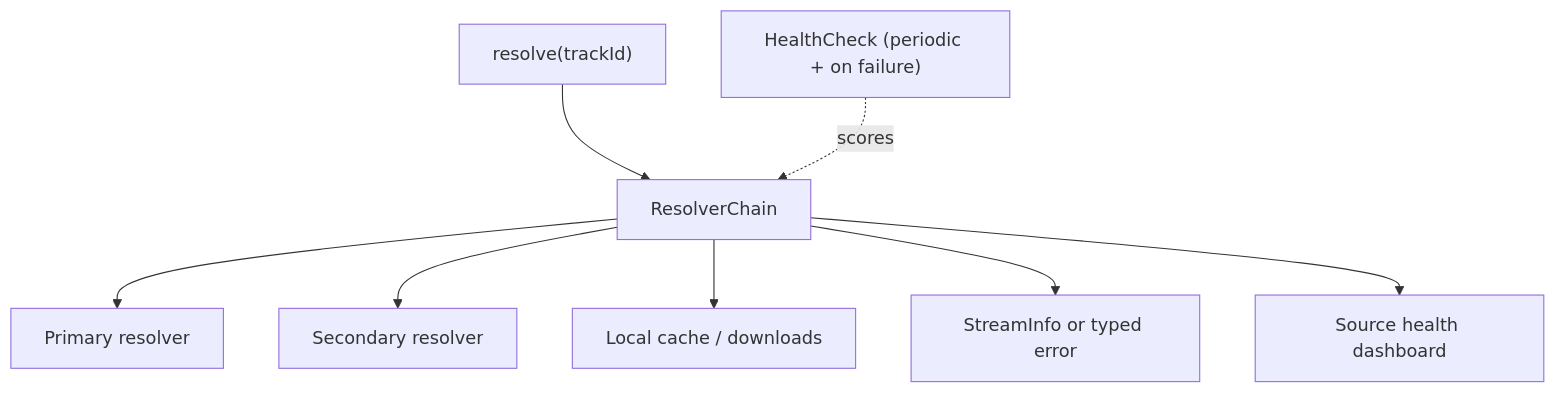
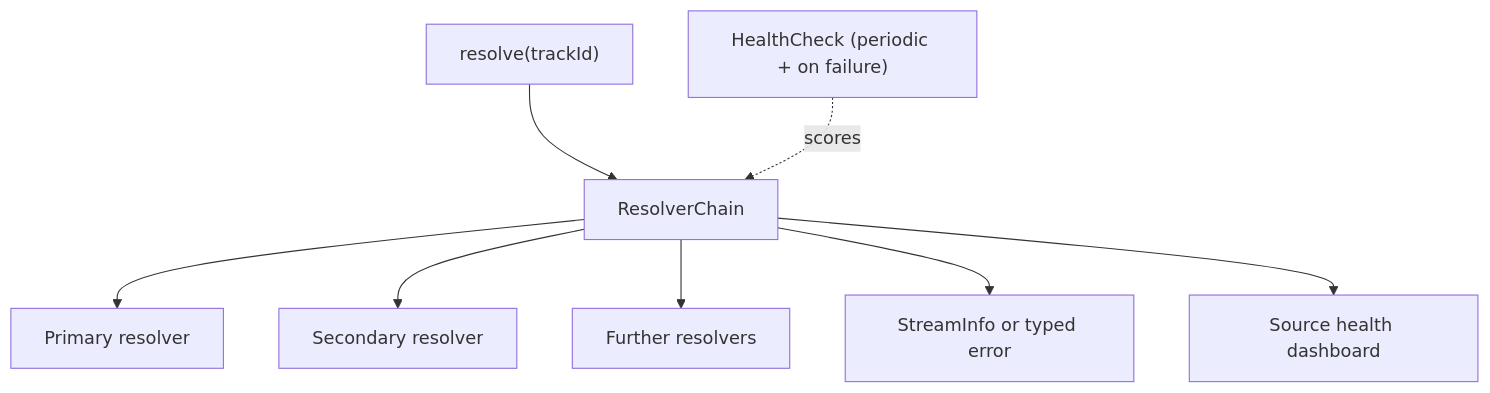
One commit to muhib-karim/sitara changed the sixth of 7 diagrams in docs/ARCHITECTURE.md. Above: the diagram before and after it, drawn with Mermaid. The commit also changed other lines of this file and 24 other files, not shown here.

````diff
--- a/docs/ARCHITECTURE.md
+++ b/docs/ARCHITECTURE.md
@@ -190,10 +237,10 @@
 ```mermaid
 flowchart TD
     req["resolve(trackId)"] --> chain["ResolverChain"]
     chain --> r1["Primary resolver"]
     chain --> r2["Secondary resolver"]
-    chain --> r3["Local cache / downloads"]
+    chain --> r3["Further resolvers"]
     hc["HealthCheck (periodic + on failure)"] -.scores.-> chain
     chain --> out["StreamInfo or typed error"]
     chain --> dash["Source health dashboard"]
 ```
````
